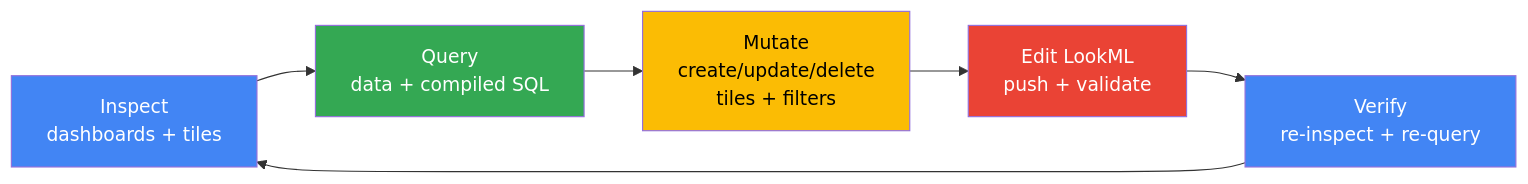
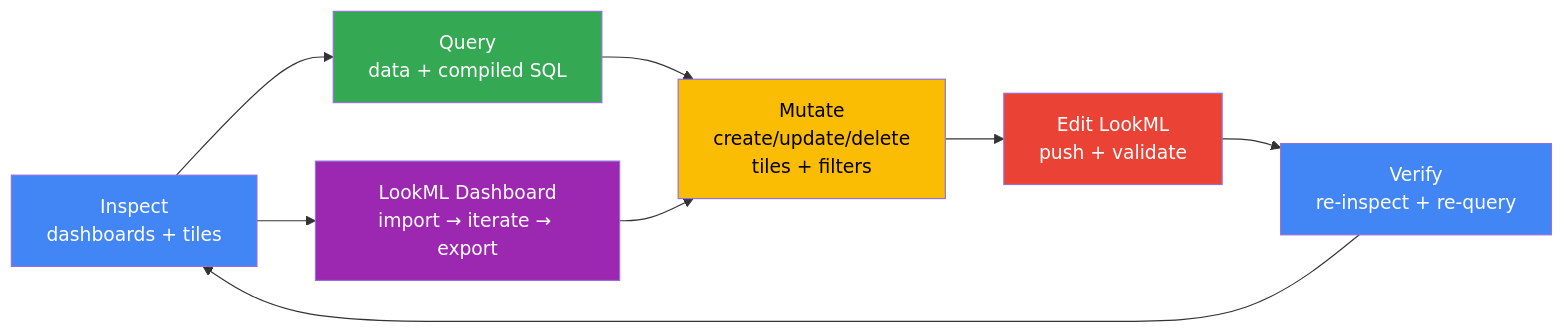
One commit to luutuankiet/looker-mcp-shim changed the first of 10 diagrams in README.md. Above: the diagram before and after it, drawn with Mermaid. The commit also changed other lines of this file and 5 other files, not shown here.

First line of the commit message:
docs: update README + skill docs for LookML dashboard lifecycle

````diff
--- a/README.md
+++ b/README.md
@@ -24,14 +24,18 @@
 ```mermaid
 graph LR
     A[Inspect<br/>dashboards + tiles] --> B[Query<br/>data + compiled SQL]
     B --> C[Mutate<br/>create/update/delete<br/>tiles + filters]
     C --> D[Edit LookML<br/>push + validate]
     D --> E[Verify<br/>re-inspect + re-query]
     E --> A
+    F[LookML Dashboard<br/>import → iterate → export] --> C
+    A --> F
+
+    style F fill:#9C27B0,color:#fff
 
     style A fill:#4285F4,color:#fff
     style B fill:#34A853,color:#fff
     style C fill:#FBBC04,color:#000
     style D fill:#EA4335,color:#fff
     style E fill:#4285F4,color:#fff
 ```
````
